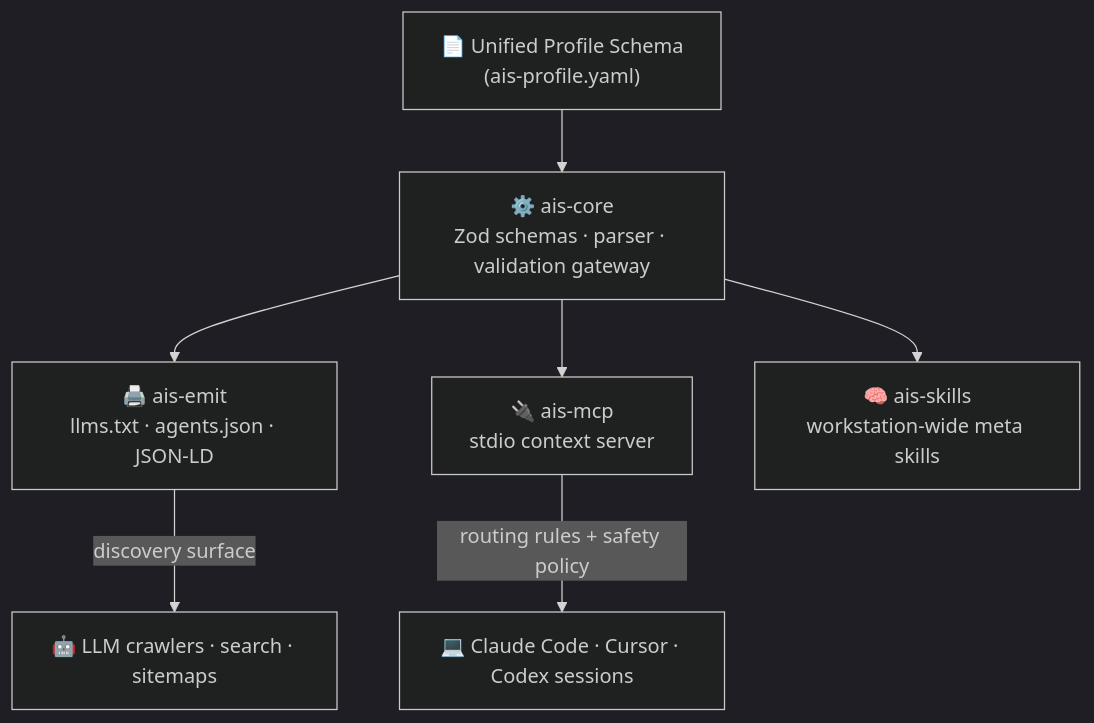
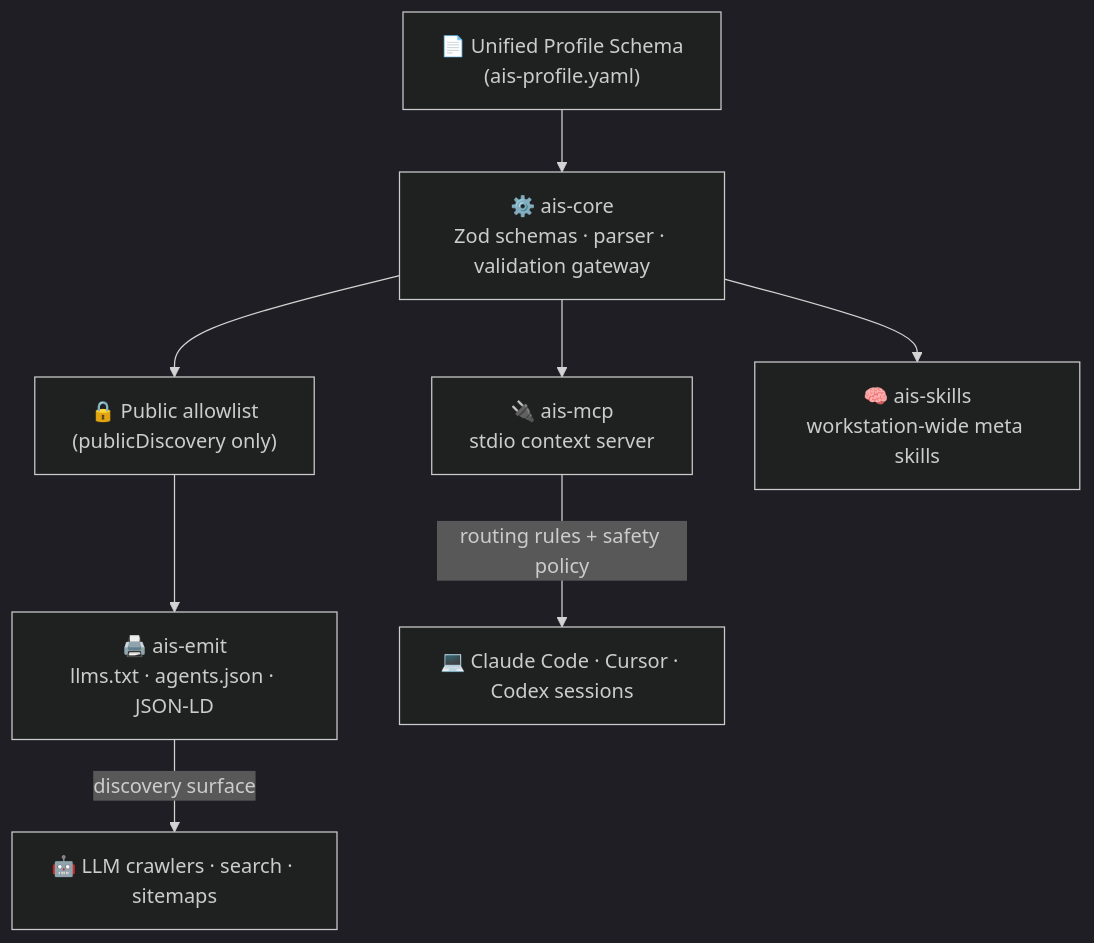
One commit to frankxai/agentic-intelligence-system changed the first of 2 diagrams in README.md. Above: the diagram before and after it, drawn with Mermaid (dark theme). The commit also changed other lines of this file, not shown here.

Commit message:
docs: explain public and private trust domains

````diff
--- a/README.md
+++ b/README.md
@@ -41,15 +41,17 @@
 ```mermaid
 flowchart TB
     Profile["📄 Unified Profile Schema<br/>(ais-profile.yaml)"]
+    Public["🔒 Public allowlist<br/>(publicDiscovery only)"]
     Core["⚙️ ais-core<br/>Zod schemas · parser · validation gateway"]
     Emit["🖨️ ais-emit<br/>llms.txt · agents.json · JSON-LD"]
     MCP["🔌 ais-mcp<br/>stdio context server"]
     Skills["🧠 ais-skills<br/>workstation-wide meta skills"]
 
     Profile --> Core
-    Core --> Emit
+    Core --> Public
+    Public --> Emit
     Core --> MCP
     Core --> Skills
     Emit -->|discovery surface| Bots["🤖 LLM crawlers · search · sitemaps"]
     MCP -->|routing rules + safety policy| Terminal["💻 Claude Code · Cursor · Codex sessions"]
 ```
````
